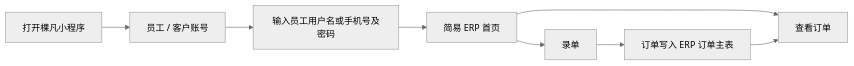
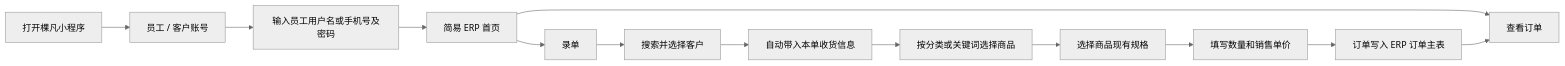
Before and after one commit to Backstage2539/KFerp: the diagram in orderapp-remote/docs/OP_MANUAL_MINIAPP_EMPLOYEE_ERP.md, drawn with Mermaid (neutral theme). The commit also changed other lines of this file and 27 other files, not shown here.

Commit message:
feat: close mini employee order entry flow

````diff
--- a/orderapp-remote/docs/OP_MANUAL_MINIAPP_EMPLOYEE_ERP.md
+++ b/orderapp-remote/docs/OP_MANUAL_MINIAPP_EMPLOYEE_ERP.md
@@ -11,10 +11,15 @@
 ```mermaid
 flowchart LR
   A["打开棵凡小程序"] --> B["员工 / 客户账号"]
   B --> C["输入员工用户名或手机号及密码"]
   C --> D["简易 ERP 首页"]
   D --> E["录单"]
   D --> F["查看订单"]
-  E --> G["订单写入 ERP 订单主表"]
-  G --> F
+  E --> G["搜索并选择客户"]
+  G --> H["自动带入本单收货信息"]
+  H --> I["按分类或关键词选择商品"]
+  I --> J["选择商品现有规格"]
+  J --> K["填写数量和销售单价"]
+  K --> L["订单写入 ERP 订单主表"]
+  L --> F
 ```
````
